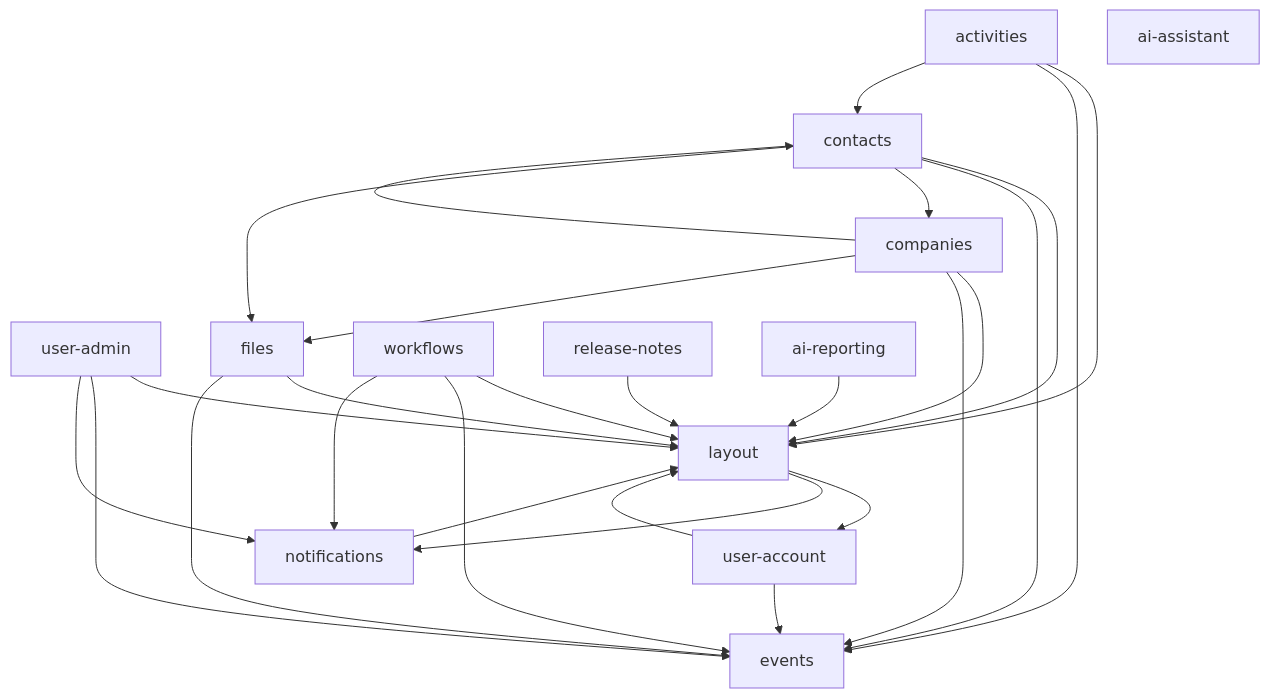
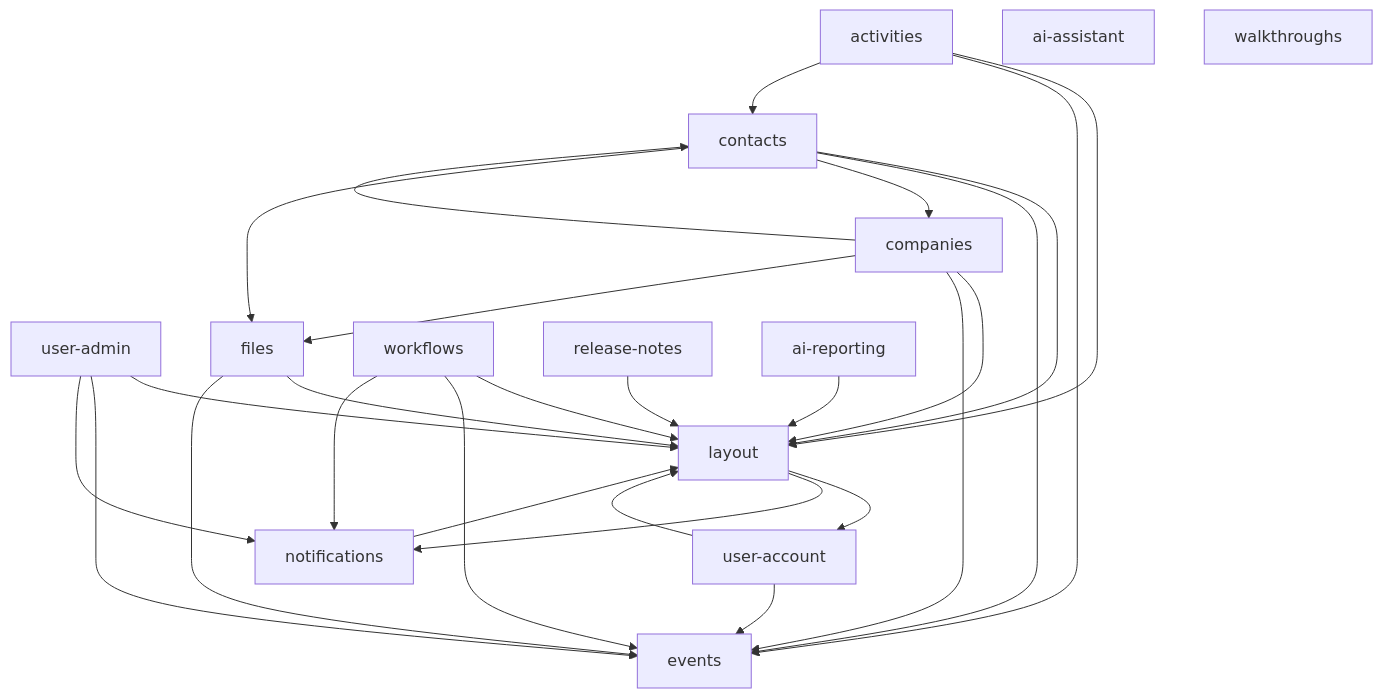
Before and after one commit to lowdefy/modules-mongodb: the diagram in docs/index.md, drawn with Mermaid. The commit also changed other lines of this file and 42 other files, not shown here.

````diff
--- a/docs/index.md
+++ b/docs/index.md
@@ -35,31 +36,32 @@
 ```mermaid
 graph TD
   layout --> user-account
   layout --> notifications
   user-account --> layout
   user-account --> events
   user-admin --> layout
   user-admin --> events
   user-admin --> notifications
   notifications --> layout
   contacts --> layout
   contacts --> events
   contacts --> companies
   contacts --> files
   companies --> layout
   companies --> events
   companies --> contacts
   companies --> files
   files --> layout
   files --> events
   activities --> layout
   activities --> events
   activities --> contacts
   ai-assistant
+  walkthroughs
   workflows --> layout
   workflows --> events
   workflows --> notifications
   release-notes --> layout
   events
   ai-reporting --> layout
 ```
````
